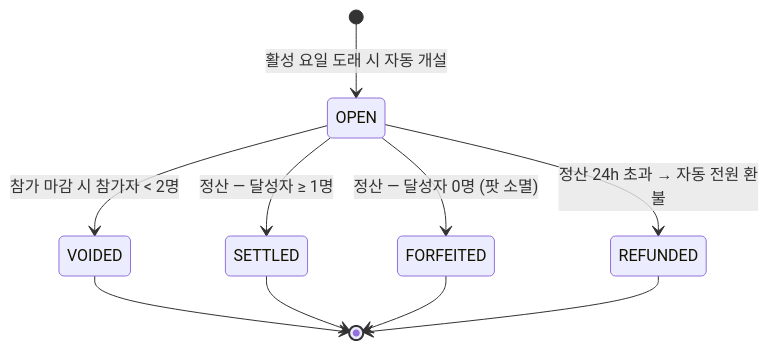
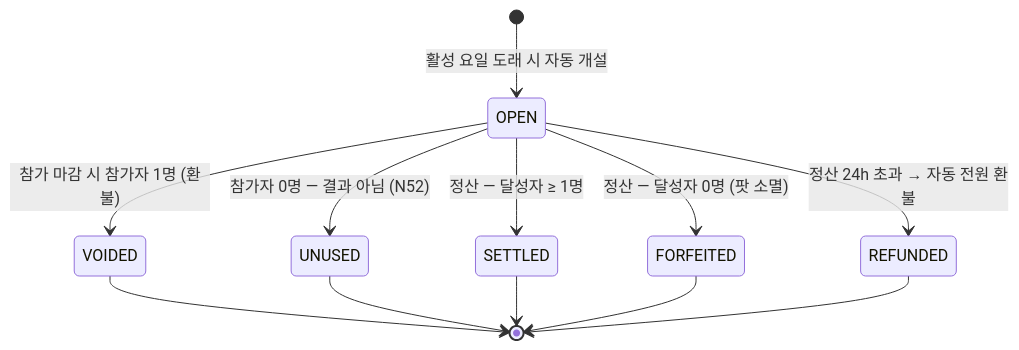
Before and after one commit to OneOrThree/phone: the fifth of 11 diagrams in docs/prd/challenge/information-architecture.md, drawn with Mermaid. The commit also changed other lines of this file and 4 other files, not shown here.

````diff
--- a/docs/prd/challenge/information-architecture.md
+++ b/docs/prd/challenge/information-architecture.md
@@ -278,12 +278,14 @@
 ```mermaid
 stateDiagram-v2
     [*] --> OPEN: 활성 요일 도래 시 자동 개설
-    OPEN --> VOIDED: 참가 마감 시 참가자 < 2명
+    OPEN --> VOIDED: 참가 마감 시 참가자 1명 (환불)
+    OPEN --> UNUSED: 참가자 0명 — 결과 아님 (N52)
     OPEN --> SETTLED: 정산 — 달성자 ≥ 1명
     OPEN --> FORFEITED: 정산 — 달성자 0명 (팟 소멸)
     OPEN --> REFUNDED: 정산 24h 초과 → 자동 전원 환불
     VOIDED --> [*]
+    UNUSED --> [*]
     SETTLED --> [*]
     FORFEITED --> [*]
     REFUNDED --> [*]
 ```
````
